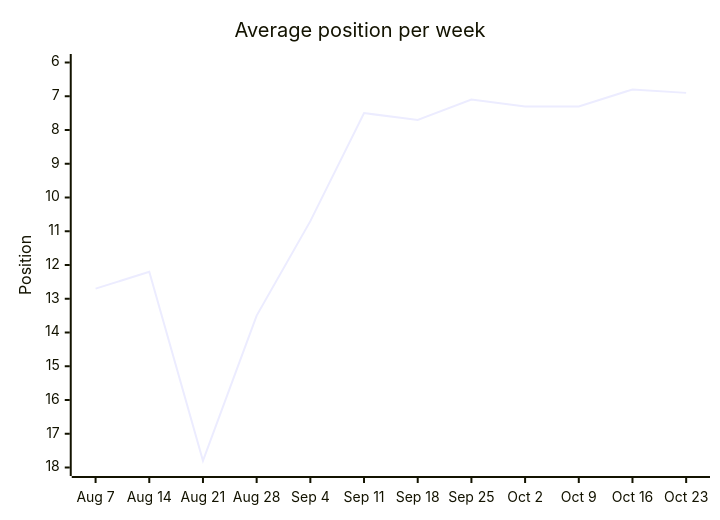
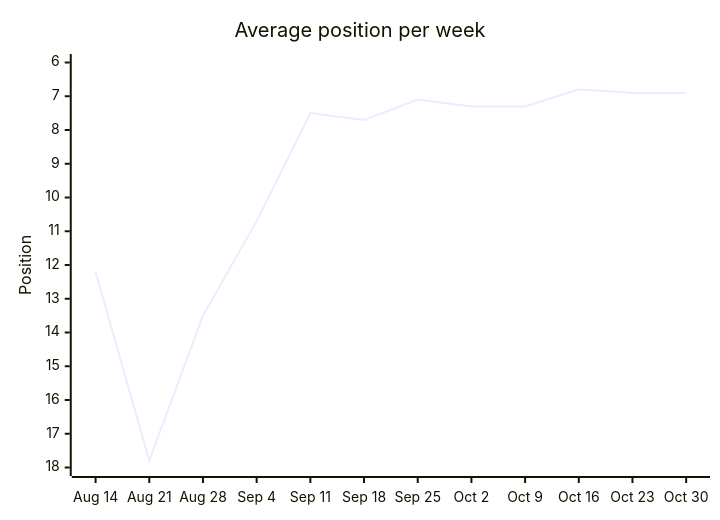
Before and after one commit to langx/website: the third of 13 diagrams in latest.md, drawn with Mermaid. The commit also changed other lines of this file and 2 other files, not shown here.

````diff
--- a/latest.md
+++ b/latest.md
@@ -38,7 +38,7 @@
 ```mermaid
 xychart-beta
   title "Average position per week"
-  x-axis ["Aug 7", "Aug 14", "Aug 21", "Aug 28", "Sep 4", "Sep 11", "Sep 18", "Sep 25", "Oct 2", "Oct 9", "Oct 16", "Oct 23"]
+  x-axis ["Aug 14", "Aug 21", "Aug 28", "Sep 4", "Sep 11", "Sep 18", "Sep 25", "Oct 2", "Oct 9", "Oct 16", "Oct 23", "Oct 30"]
   y-axis "Position" 18 --> 6
-  line [12.7, 12.2, 17.8, 13.5, 10.7, 7.5, 7.7, 7.1, 7.3, 7.3, 6.8, 6.9]
+  line [12.2, 17.8, 13.5, 10.7, 7.5, 7.7, 7.1, 7.3, 7.3, 6.8, 6.9, 6.9]
 ```
````
